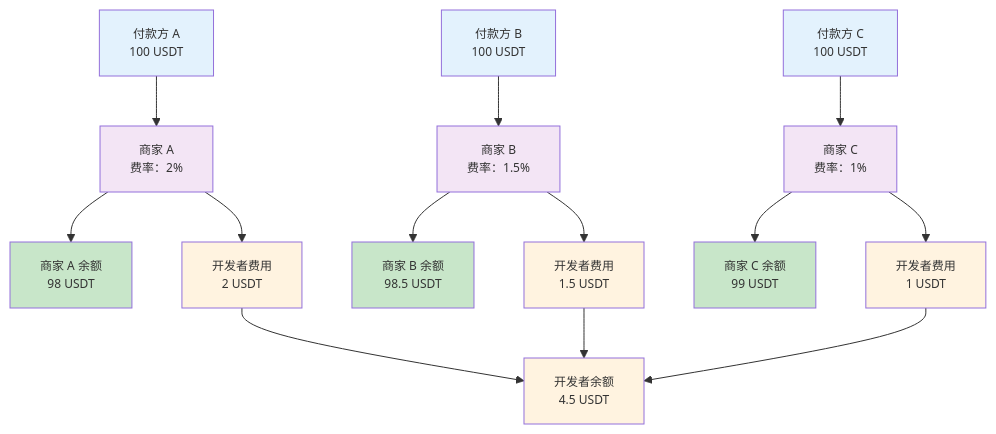
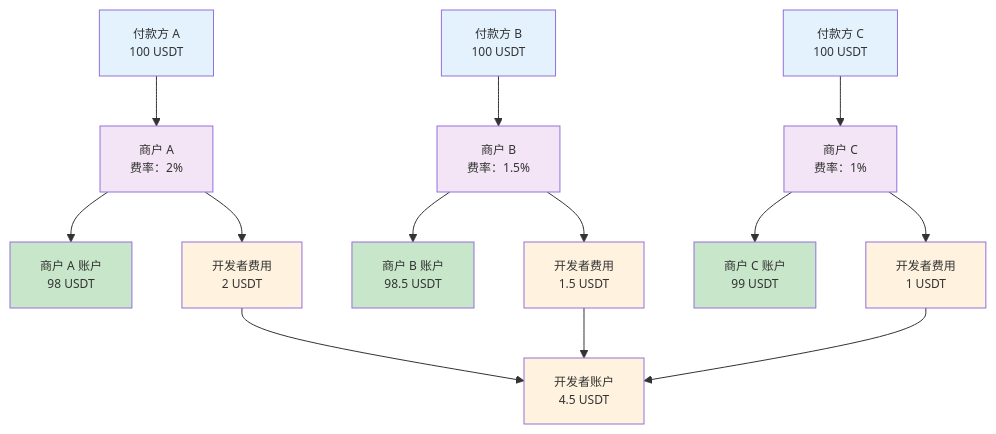
One commit to CoboGlobal/payments-manual changed the first of 5 diagrams in payments/cn/guides/amounts-and-balances.mdx. Above: the diagram before and after it, drawn with Mermaid. The commit also changed other lines of this file and 5 other files, not shown here.

````diff
--- a/payments/cn/guides/amounts-and-balances.mdx
+++ b/payments/cn/guides/amounts-and-balances.mdx
@@ -21,34 +30,34 @@
 ```mermaid
 %%{init: {'themeVariables': { 'fontSize': '12px'}}}%%
 graph TD
-    A[付款方 A<br/>100 USDT] --> B[商家 A<br/>费率：2%]
-    C[付款方 B<br/>100 USDT] --> D[商家 B<br/>费率：1.5%]
-    E[付款方 C<br/>100 USDT] --> F[商家 C<br/>费率：1%]
+    A[付款方 A<br/>100 USDT] --> B[商户 A<br/>费率：2%]
+    C[付款方 B<br/>100 USDT] --> D[商户 B<br/>费率：1.5%]
+    E[付款方 C<br/>100 USDT] --> F[商户 C<br/>费率：1%]
     
-    B --> G[商家 A 余额<br/>98 USDT]
+    B --> G[商户 A 账户<br/>98 USDT]
     B --> H[开发者费用<br/>2 USDT]
     
-    D --> I[商家 B 余额<br/>98.5 USDT]
+    D --> I[商户 B 账户<br/>98.5 USDT]
     D --> J[开发者费用<br/>1.5 USDT]
     
-    F --> K[商家 C 余额<br/>99 USDT]
+    F --> K[商户 C 账户<br/>99 USDT]
     F --> L[开发者费用<br/>1 USDT]
     
-    H --> M[开发者余额<br/>4.5 USDT]
+    H --> M[开发者账户<br/>4.5 USDT]
     J --> M
     L --> M
     
     style A fill:#e3f2fd
     style C fill:#e3f2fd
     style E fill:#e3f2fd
     style B fill:#f3e5f5
     style D fill:#f3e5f5
     style F fill:#f3e5f5
     style G fill:#c8e6c9
     style I fill:#c8e6c9
     style K fill:#c8e6c9
     style H fill:#fff3e0
     style J fill:#fff3e0
     style L fill:#fff3e0
     style M fill:#fff3e0
 ```
````
